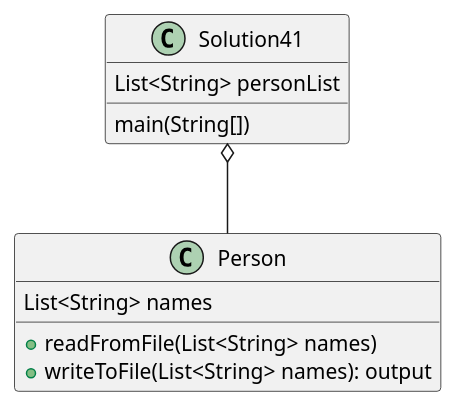
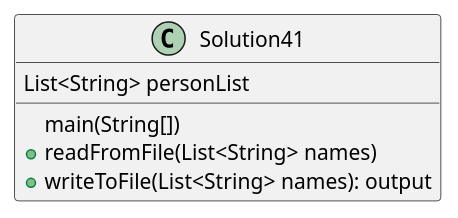
The diagram in exercise41/docs/main.puml (nader-fares/fares-a04), drawn with PlantUML before and after one commit. The commit also changed 52 other files, not shown here.

```diff
--- a/exercise41/docs/main.puml
+++ b/exercise41/docs/main.puml
@@ -1,16 +1,12 @@
 @startuml
 'https://plantuml.com/sequence-diagram
 class Solution41 {
 main(String[])
 List<String> personList
 'Collections.sort(personList)
-}
-
-class Person {
-List<String> names
 +readFromFile(List<String> names)
 +writeToFile(List<String> names): output
 }
 
-Solution41 o-- Person
+
 @enduml
```
